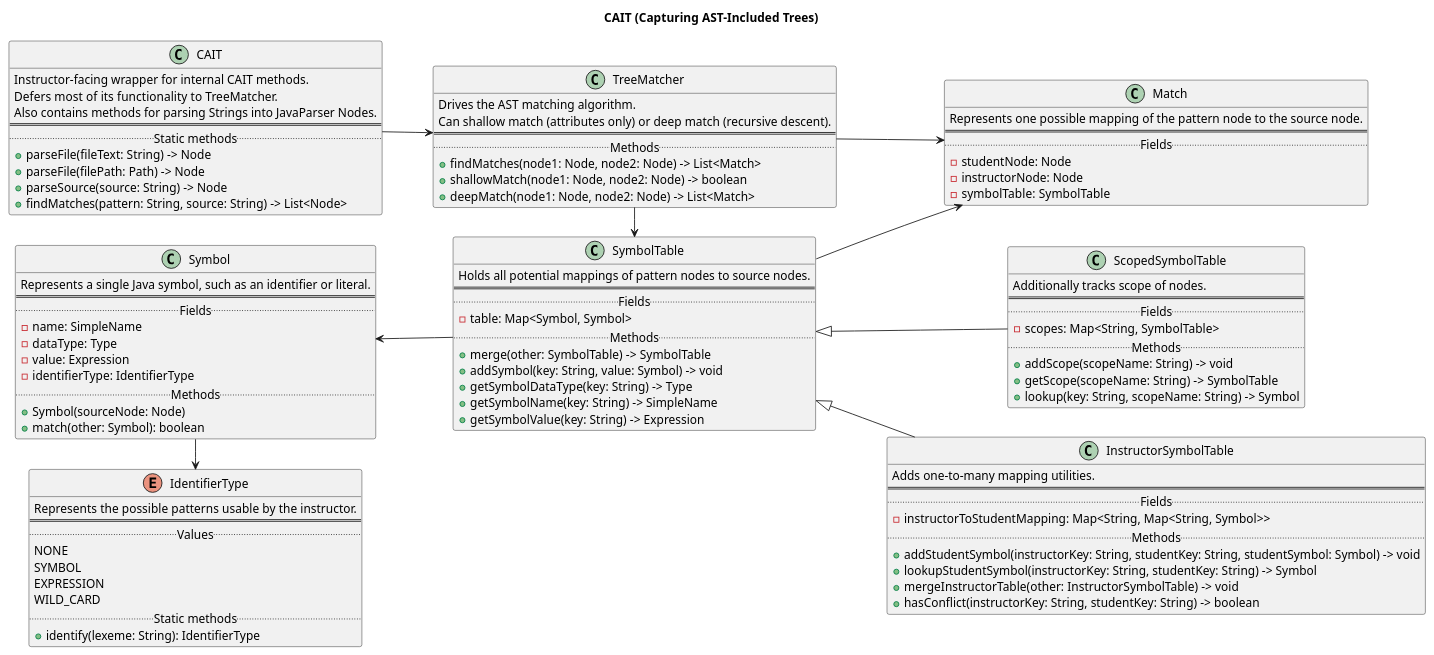
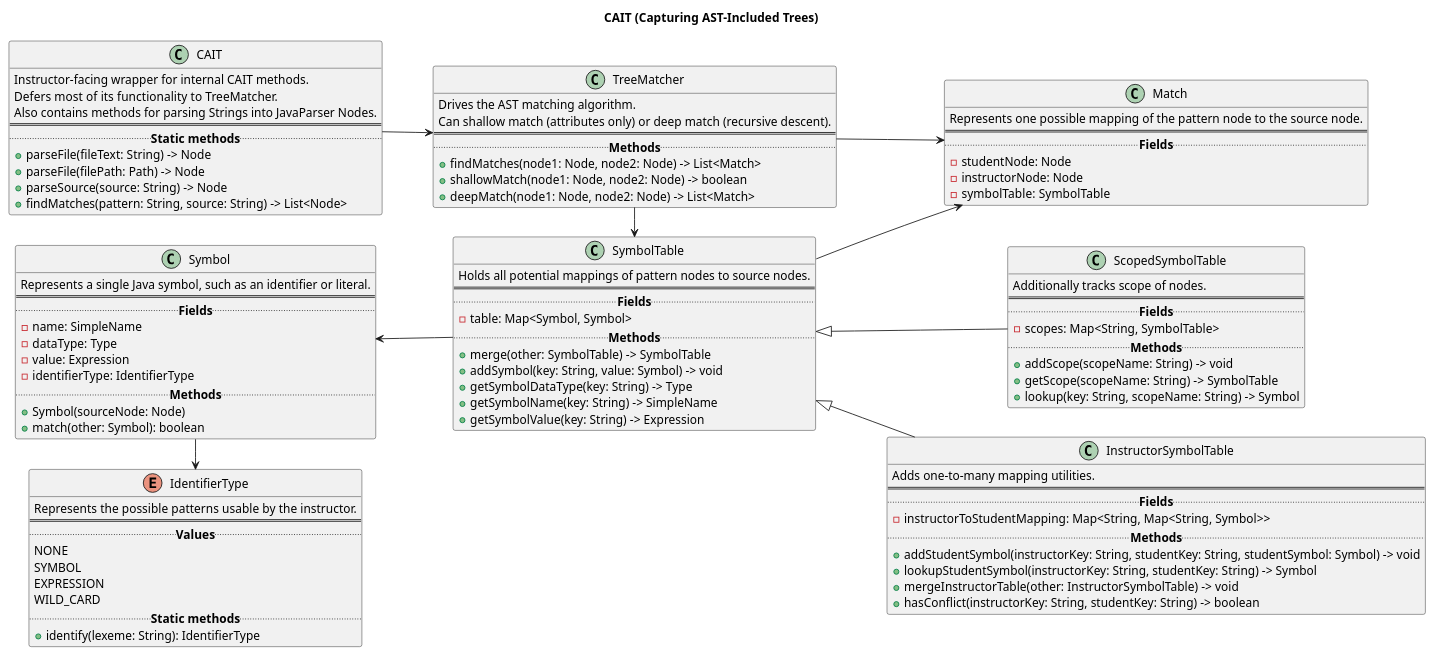
Before and after one commit to VCU-CS-Capstone/cs-25-312-java-pedagogical-libraries: the diagram in Documentation/UML/CAIT_UML.puml, drawn with PlantUML. The commit also changed 2 other files, not shown here.

```diff
--- a/Documentation/UML/CAIT_UML.puml
+++ b/Documentation/UML/CAIT_UML.puml
@@ -1,106 +1,106 @@
 @startuml CAIT
 
-title "CAIT (Capturing AST-Included Trees)"
+title "**CAIT (Capturing AST-Included Trees)**"
 
 left to right direction
 
 class CAIT {
     Instructor-facing wrapper for internal CAIT methods.
     Defers most of its functionality to TreeMatcher.
     Also contains methods for parsing Strings into JavaParser Nodes.
     ==
-    .. Static methods ..
+    .. **Static methods** ..
     + parseFile(fileText: String) -> Node
     + parseFile(filePath: Path) -> Node
     + parseSource(source: String) -> Node
     + findMatches(pattern: String, source: String) -> List<Node>
 }
 
 class TreeMatcher {
     Drives the AST matching algorithm.
     Can shallow match (attributes only) or deep match (recursive descent).
     ==
-    .. Methods ..
+    .. **Methods** ..
     + findMatches(node1: Node, node2: Node) -> List<Match>
     + shallowMatch(node1: Node, node2: Node) -> boolean
     + deepMatch(node1: Node, node2: Node) -> List<Match>
 }
 
 class Match {
     Represents one possible mapping of the pattern node to the source node.
     ==
-    .. Fields ..
+    .. **Fields** ..
     - studentNode: Node
     - instructorNode: Node
     - symbolTable: SymbolTable
 }
 
 class SymbolTable {
     Holds all potential mappings of pattern nodes to source nodes.
     ==
-    .. Fields ..
+    .. **Fields** ..
     - table: Map<Symbol, Symbol>
-    .. Methods ..
+    .. **Methods** ..
     + merge(other: SymbolTable) -> SymbolTable
     + addSymbol(key: String, value: Symbol) -> void
     + getSymbolDataType(key: String) -> Type
     + getSymbolName(key: String) -> SimpleName
     + getSymbolValue(key: String) -> Expression
 }
 
 class InstructorSymbolTable extends SymbolTable {
     Adds one-to-many mapping utilities.
     ==
-    .. Fields ..
+    .. **Fields** ..
     - instructorToStudentMapping: Map<String, Map<String, Symbol>>
-    .. Methods ..
+    .. **Methods** ..
     + addStudentSymbol(instructorKey: String, studentKey: String, studentSymbol: Symbol) -> void
     + lookupStudentSymbol(instructorKey: String, studentKey: String) -> Symbol
     + mergeInstructorTable(other: InstructorSymbolTable) -> void
     + hasConflict(instructorKey: String, studentKey: String) -> boolean
 }
 
 class ScopedSymbolTable extends SymbolTable {
     Additionally tracks scope of nodes.
     ==
-    .. Fields ..
+    .. **Fields** ..
     - scopes: Map<String, SymbolTable>
-    .. Methods ..
+    .. **Methods** ..
     + addScope(scopeName: String) -> void
     + getScope(scopeName: String) -> SymbolTable
     + lookup(key: String, scopeName: String) -> Symbol
 }
 
 class Symbol {
     Represents a single Java symbol, such as an identifier or literal.
     ==
-    .. Fields ..
+    .. **Fields** ..
     - name: SimpleName
     - dataType: Type
     - value: Expression
     - identifierType: IdentifierType
-    .. Methods ..
+    .. **Methods** ..
     + Symbol(sourceNode: Node)
     + match(other: Symbol): boolean
 }
 
 enum IdentifierType {
     Represents the possible patterns usable by the instructor.
     ==
-    .. Values ..
+    .. **Values** ..
     NONE
     SYMBOL
     EXPRESSION
     WILD_CARD
-    .. Static methods ..
+    .. **Static methods** ..
     + identify(lexeme: String): IdentifierType
 }
 
 CAIT --> TreeMatcher
 TreeMatcher --> Match
 TreeMatcher -> SymbolTable
 SymbolTable --> Match
 Symbol <-- SymbolTable
 Symbol -> IdentifierType
 
 @enduml
```
